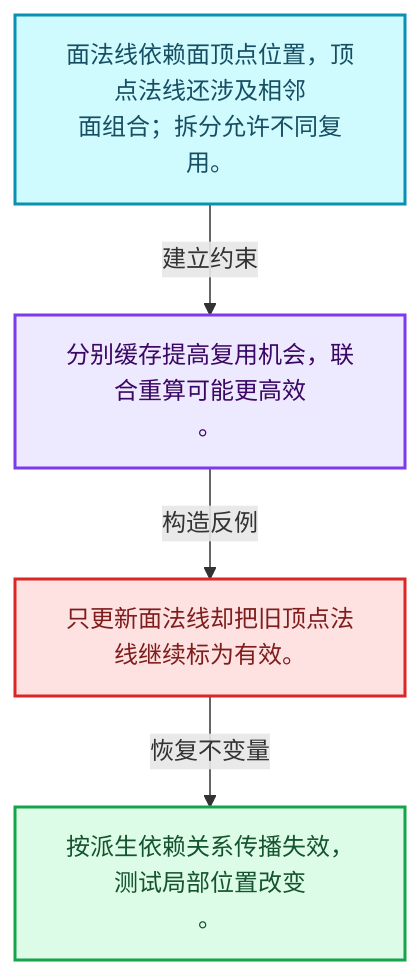
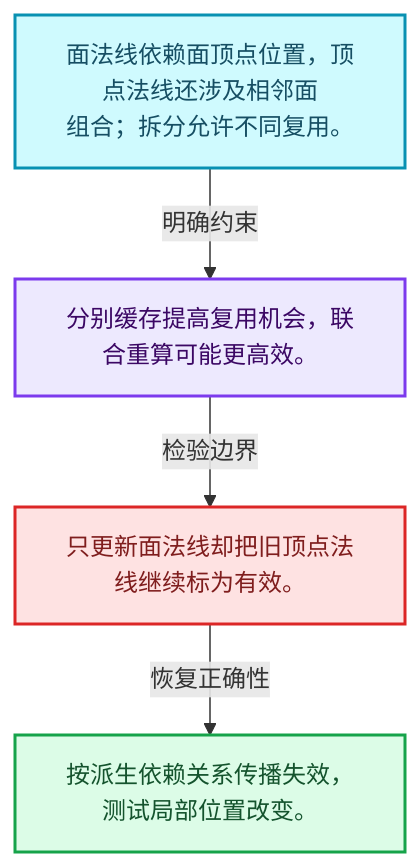
One commit to yunkezengren/blender-.vscode changed the first of 4 diagrams in 杂/markdown/全面学习-codex/06-隐式共享与缓存系统/08-法线缓存的真实依赖.md. Above: the diagram before and after it, drawn with Mermaid. The commit also changed other lines of this file and 1930 other files, not shown here.

````diff
--- a/杂/markdown/全面学习-codex/06-隐式共享与缓存系统/08-法线缓存的真实依赖.md
+++ b/杂/markdown/全面学习-codex/06-隐式共享与缓存系统/08-法线缓存的真实依赖.md
@@ -29,16 +29,16 @@
 ```mermaid
 flowchart TB
-  M["面法线依赖面顶点位置，顶点法线还涉及相邻<br/>面组合；拆分允许不同复用。"]:::data
-  T["分别缓存提高复用机会，联合重算可能更高效<br/>。"]:::abstraction
-  X["只更新面法线却把旧顶点法线继续标为有效。"]:::error
-  A["按派生依赖关系传播失效，测试局部位置改变<br/>。"]:::result
-  M -->|"建立约束"| T
-  T -->|"构造反例"| X
-  X -->|"恢复不变量"| A
+  M["面法线依赖面顶点位置，顶点法线还涉及相邻面<br/>组合；拆分允许不同复用。"]:::data
+  C["分别缓存提高复用机会，联合重算可能更高效。"]:::abstraction
+  B["只更新面法线却把旧顶点法线继续标为有效。"]:::error
+  R["按派生依赖关系传播失效，测试局部位置改变。"]:::result
+  M -->|"明确约束"| C
+  C -->|"检验边界"| B
+  B -->|"恢复正确性"| R
   classDef input fill:#DBEAFE,stroke:#2563EB,color:#172554,stroke-width:2px;
   classDef data fill:#CFFAFE,stroke:#0891B2,color:#164E63,stroke-width:2px;
   classDef abstraction fill:#EDE9FE,stroke:#7C3AED,color:#3B0764,stroke-width:2px;
   classDef compute fill:#FEF3C7,stroke:#D97706,color:#78350F,stroke-width:2px;
   classDef result fill:#DCFCE7,stroke:#16A34A,color:#14532D,stroke-width:2px;
   classDef error fill:#FEE2E2,stroke:#DC2626,color:#7F1D1D,stroke-width:2px;
 ```
````
